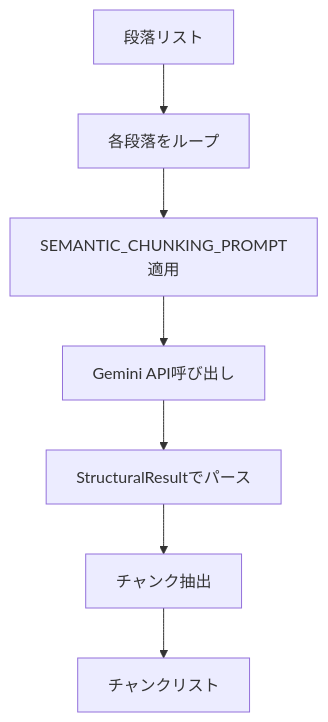
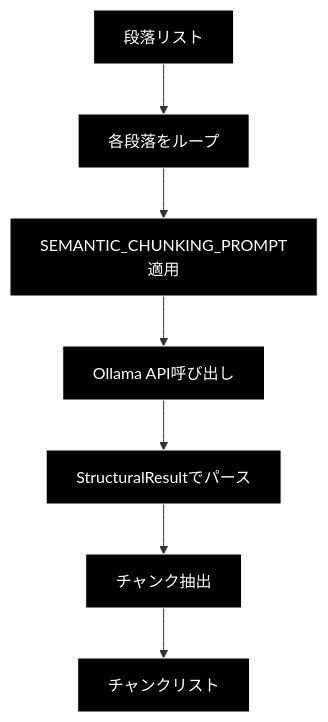
The fifth of 9 diagrams in chunking/doc/step1_2_3.md (nakashima2toshio/ollama_grace_agent_v2), drawn with Mermaid before and after one commit. The commit also changed other lines of this file and 13 other files, not shown here.

First line of the commit message:
chunking: Ollama ネイティブ化（コード/コメント/ドキュメントの Gemini→Ollama 全面置換）

````diff
--- a/chunking/doc/step1_2_3.md
+++ b/chunking/doc/step1_2_3.md
@@ -337,17 +358,20 @@
 ```mermaid
 flowchart TB
     INPUT[段落リスト]
     LOOP[各段落をループ]
     PROMPT[SEMANTIC_CHUNKING_PROMPT適用]
-    API[Gemini API呼び出し]
+    API[Ollama API呼び出し]
     PARSE[StructuralResultでパース]
     EXTRACT[チャンク抽出]
     OUTPUT[チャンクリスト]
 
     INPUT --> LOOP
     LOOP --> PROMPT
     PROMPT --> API
     API --> PARSE
     PARSE --> EXTRACT
     EXTRACT --> OUTPUT
+classDef default fill:#000,stroke:#fff,color:#fff
+classDef subgraphStyle fill:#1a1a1a,stroke:#fff,color:#fff
+class INPUT,LOOP,PROMPT,API,PARSE,EXTRACT,OUTPUT default
 ```
````
